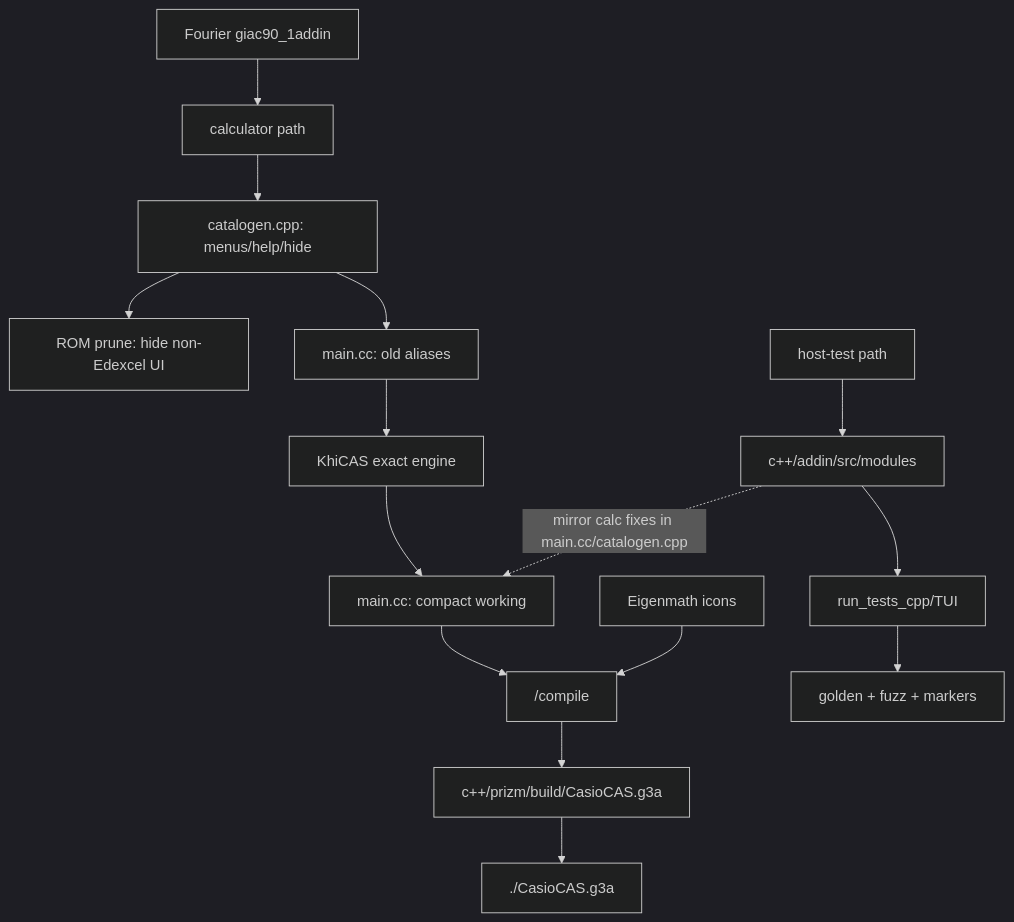
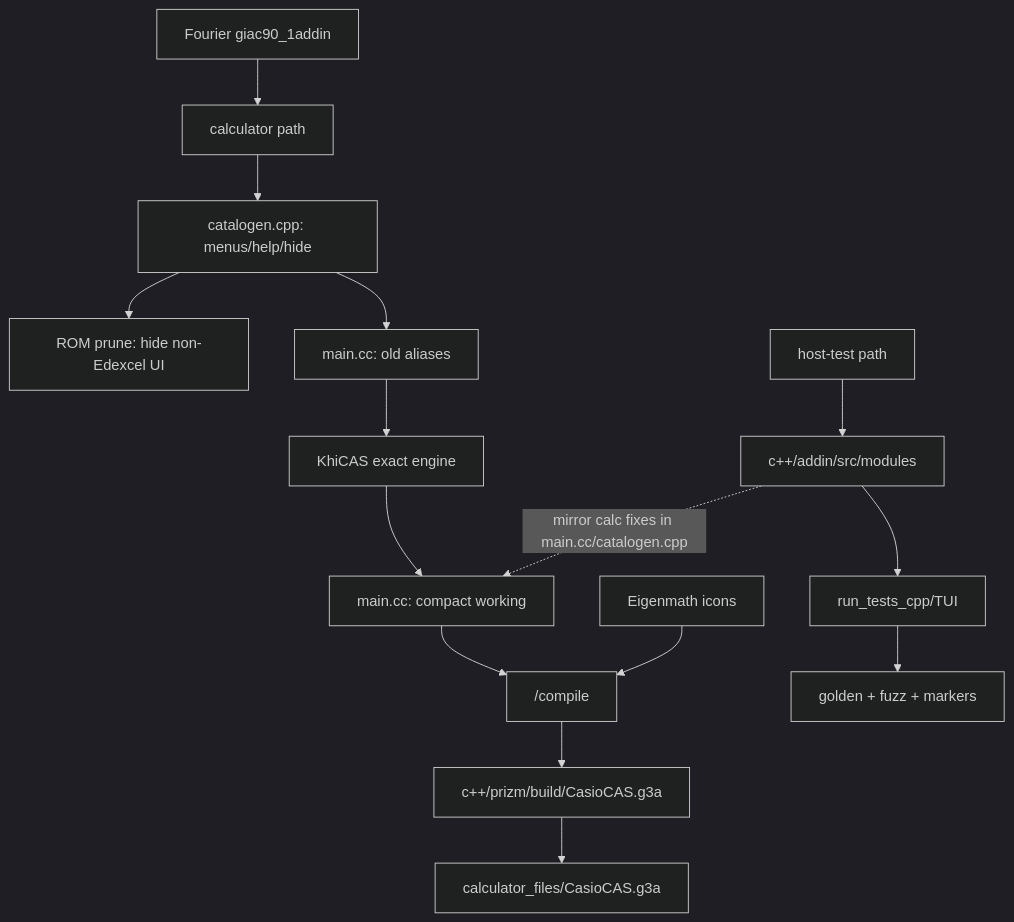
Before and after one commit to james8464/notes-addin-casio-fx-cg50: the first of 7 diagrams in c++/GRAPH.md, drawn with Mermaid (dark theme). The commit also changed 5 other files, not shown here.

Commit message:
Publish calculator files only to transfer folder

````diff
--- a/c++/GRAPH.md
+++ b/c++/GRAPH.md
@@ -3,18 +3,18 @@
 ```mermaid
 graph TD
   Src["Fourier giac90_1addin"] --> Calc["calculator path"]
   Calc --> Cat["catalogen.cpp: menus/help/hide"]
   Cat --> Prune["ROM prune: hide non-Edexcel UI"]
   Cat --> Alias["main.cc: old aliases"]
   Alias --> Giac["KhiCAS exact engine"]
   Giac --> Work["main.cc: compact working"]
   Work --> Build["/compile"]
   Build --> G3A["c++/prizm/build/CasioCAS.g3a"]
-  G3A --> Root["./CasioCAS.g3a"]
+  G3A --> Transfer["calculator_files/CasioCAS.g3a"]
   Icons["Eigenmath icons"] --> Build
 
   Host["host-test path"] --> Mods["c++/addin/src/modules"]
   Mods --> TUI["run_tests_cpp/TUI"]
   TUI --> Gates["golden + fuzz + markers"]
   Mods -. "mirror calc fixes in main.cc/catalogen.cpp" .-> Work
 ```
````
